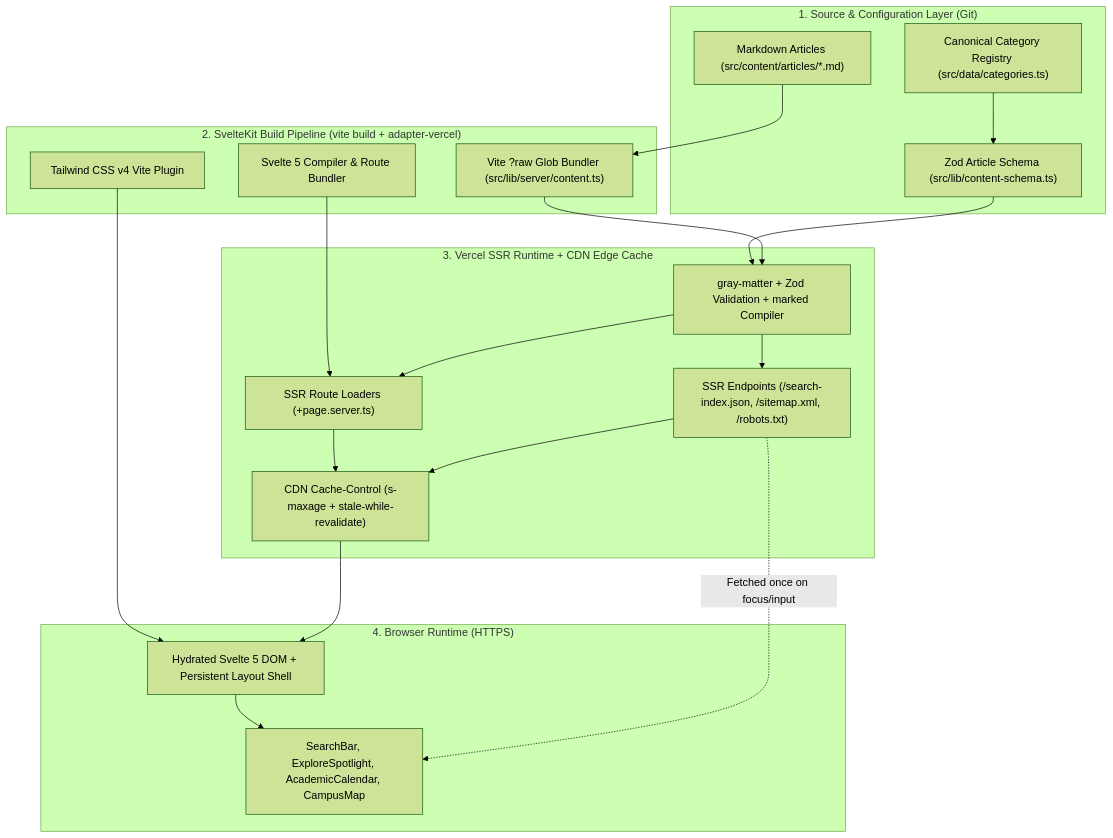
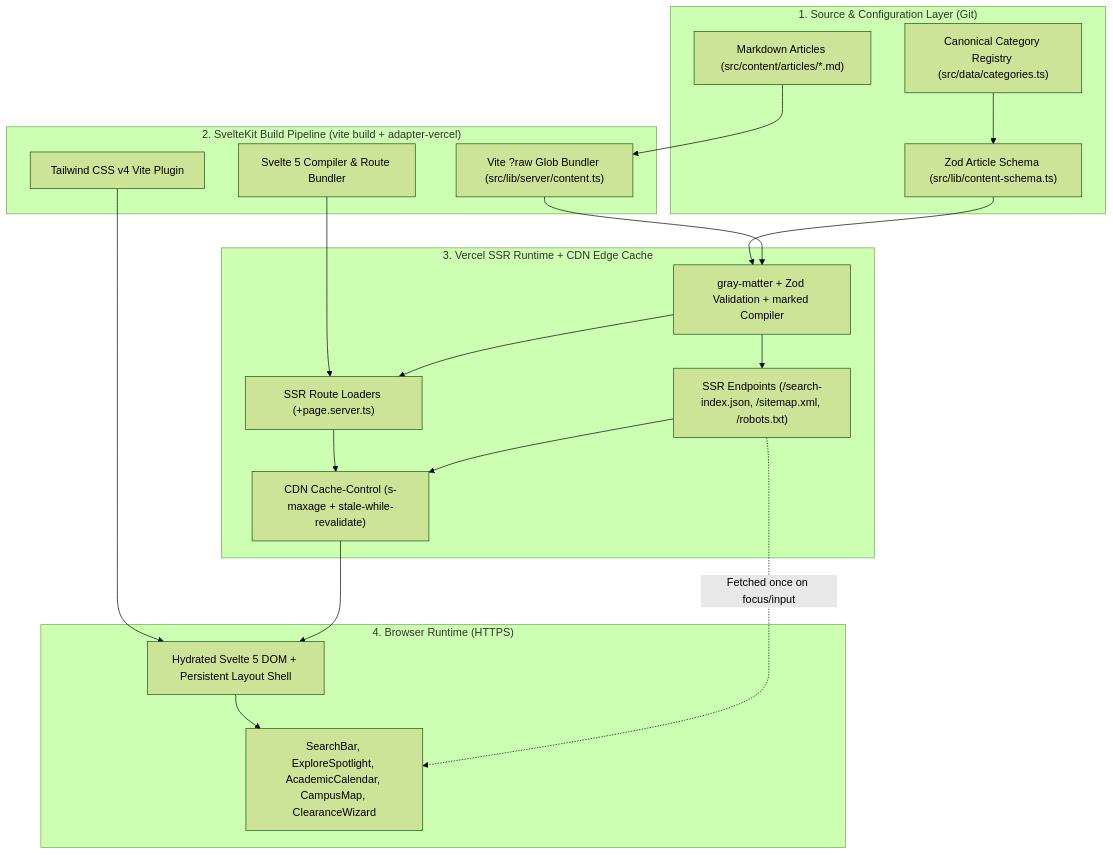
One commit to bulsutools/geary changed the first of 2 diagrams in docs/ARCHITECTURE.md. Above: the diagram before and after it, drawn with Mermaid (forest theme). The commit also changed other lines of this file and 19 other files, not shown here.

First line of the commit message:
feat: add interactive document request wizard (/wizard)

````diff
--- a/docs/ARCHITECTURE.md
+++ b/docs/ARCHITECTURE.md
@@ -33,40 +33,40 @@
 ```mermaid
 flowchart TB
     subgraph ContentConfig["1. Source & Configuration Layer (Git)"]
         MD["Markdown Articles (src/content/articles/*.md)"]
         CAT["Canonical Category Registry (src/data/categories.ts)"]
         SCHEMA["Zod Article Schema (src/lib/content-schema.ts)"]
     end
 
     subgraph BuildPipeline["2. SvelteKit Build Pipeline (vite build + adapter-vercel)"]
         GLOB["Vite ?raw Glob Bundler (src/lib/server/content.ts)"]
         SVELTE["Svelte 5 Compiler & Route Bundler"]
         TAILWIND["Tailwind CSS v4 Vite Plugin"]
     end
 
     subgraph ServerRuntime["3. Vercel SSR Runtime + CDN Edge Cache"]
         LOADER["gray-matter + Zod Validation + marked Compiler"]
         ROUTES["SSR Route Loaders (+page.server.ts)"]
         ENDPOINTS["SSR Endpoints (/search-index.json, /sitemap.xml, /robots.txt)"]
         CACHE["CDN Cache-Control (s-maxage + stale-while-revalidate)"]
     end
 
     subgraph ClientRuntime["4. Browser Runtime (HTTPS)"]
         SSR_HTML["Hydrated Svelte 5 DOM + Persistent Layout Shell"]
-        INTERACTIVE["SearchBar, ExploreSpotlight, AcademicCalendar, CampusMap"]
+        INTERACTIVE["SearchBar, ExploreSpotlight, AcademicCalendar, CampusMap, ClearanceWizard"]
     end
 
     MD --> GLOB
     CAT --> SCHEMA
     SCHEMA --> LOADER
     GLOB --> LOADER
     SVELTE --> ROUTES
     TAILWIND --> SSR_HTML
     LOADER --> ROUTES
     LOADER --> ENDPOINTS
     ROUTES --> CACHE
     ENDPOINTS --> CACHE
     CACHE --> SSR_HTML
     SSR_HTML --> INTERACTIVE
     ENDPOINTS -.->|"Fetched once on focus/input"| INTERACTIVE
 ```
````
